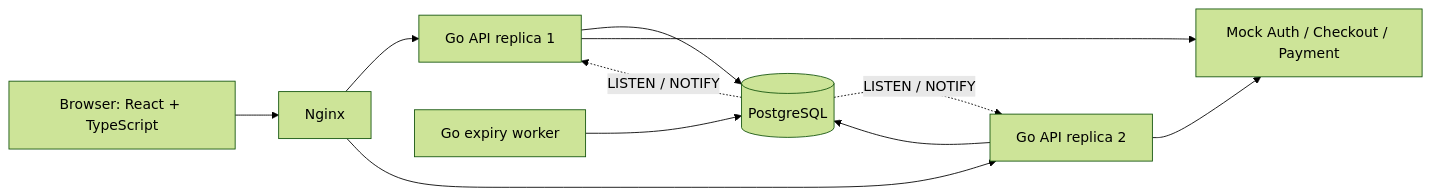
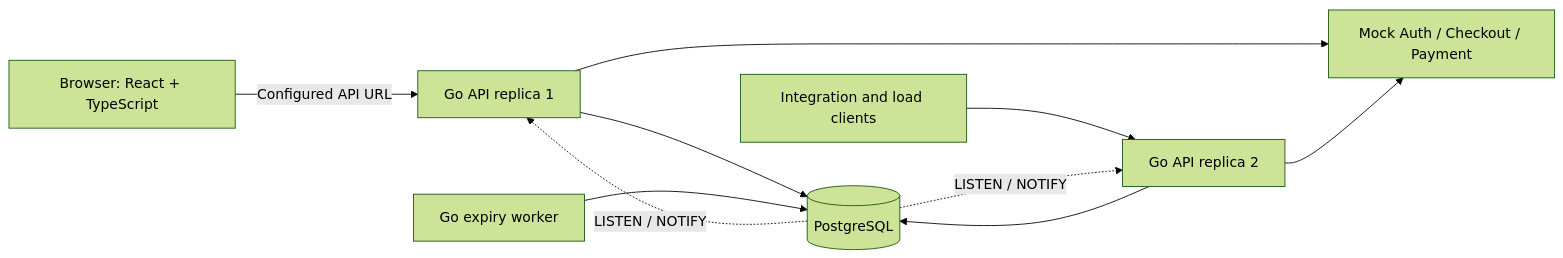
Before and after one commit to effect707/Team39-Hackathon-Avito: the second of 2 diagrams in docs/spec.md, drawn with Mermaid (forest theme). The commit also changed other lines of this file and 19 other files, not shown here.

````diff
--- a/docs/spec.md
+++ b/docs/spec.md
@@ -410,13 +410,12 @@
 ```mermaid
 flowchart LR
-    U["Browser: React + TypeScript"] --> N["Nginx"]
-    N --> A1["Go API replica 1"]
-    N --> A2["Go API replica 2"]
+    U["Browser: React + TypeScript"] -->|"Configured API URL"| A1["Go API replica 1"]
+    T["Integration and load clients"] --> A2["Go API replica 2"]
     A1 --> P[("PostgreSQL")]
     A2 --> P
     W["Go expiry worker"] --> P
     P -. "LISTEN / NOTIFY" .-> A1
     P -. "LISTEN / NOTIFY" .-> A2
     A1 --> M["Mock Auth / Checkout / Payment"]
     A2 --> M
 ```
````
